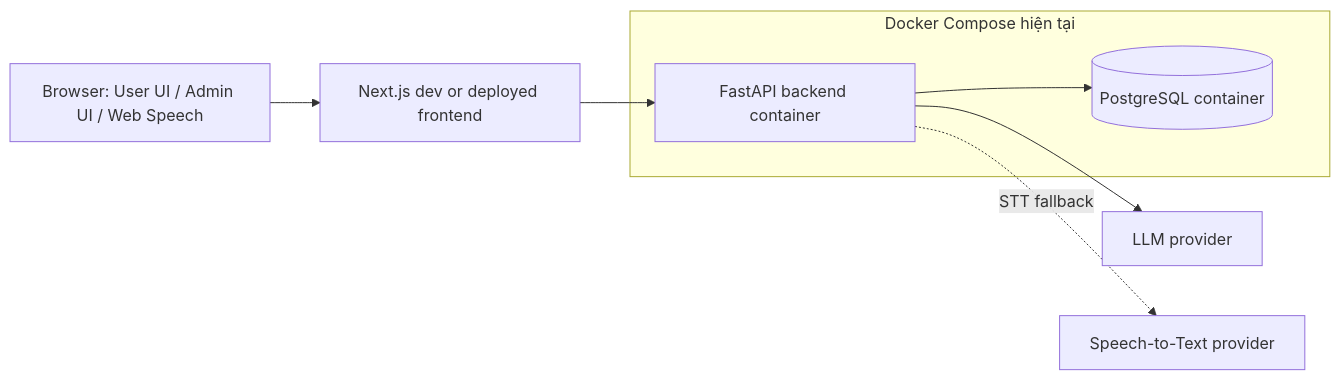
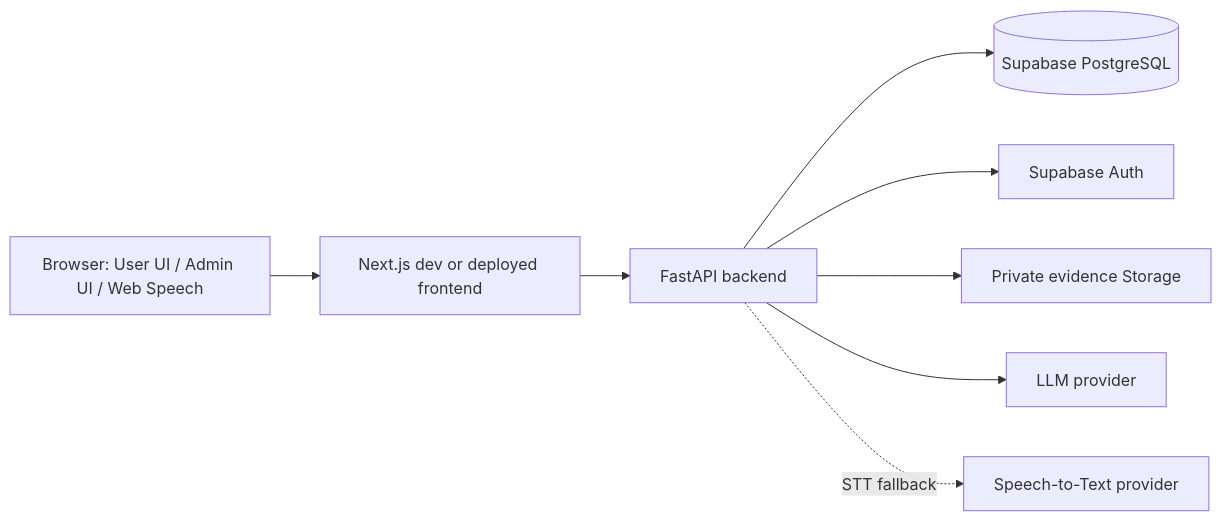
Before and after one commit to Ngducanh05/T-152: the seventh of 8 diagrams in docs/architecture.md, drawn with Mermaid. The commit also changed other lines of this file and 23 other files, not shown here.

````diff
--- a/docs/architecture.md
+++ b/docs/architecture.md
@@ -285,13 +287,11 @@
 ```mermaid
 flowchart LR
-    subgraph Compose["Docker Compose hiện tại"]
-        API["FastAPI backend container"]
-        DB[("PostgreSQL container")]
-        API --> DB
-    end
+    API["FastAPI backend"] --> DB[("Supabase PostgreSQL")]
+    API --> Auth["Supabase Auth"]
+    API --> Storage["Private evidence Storage"]
 
     Browser["Browser: User UI / Admin UI / Web Speech"] --> Next["Next.js dev or deployed frontend"]
     Next --> API
     API --> LLM["LLM provider"]
     API -. "STT fallback" .-> STT["Speech-to-Text provider"]
 ```
````
